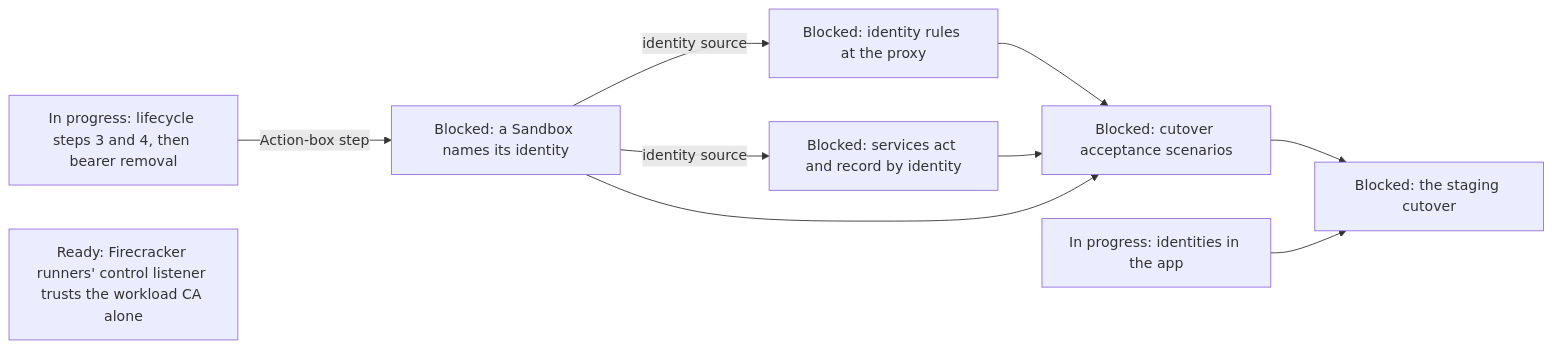
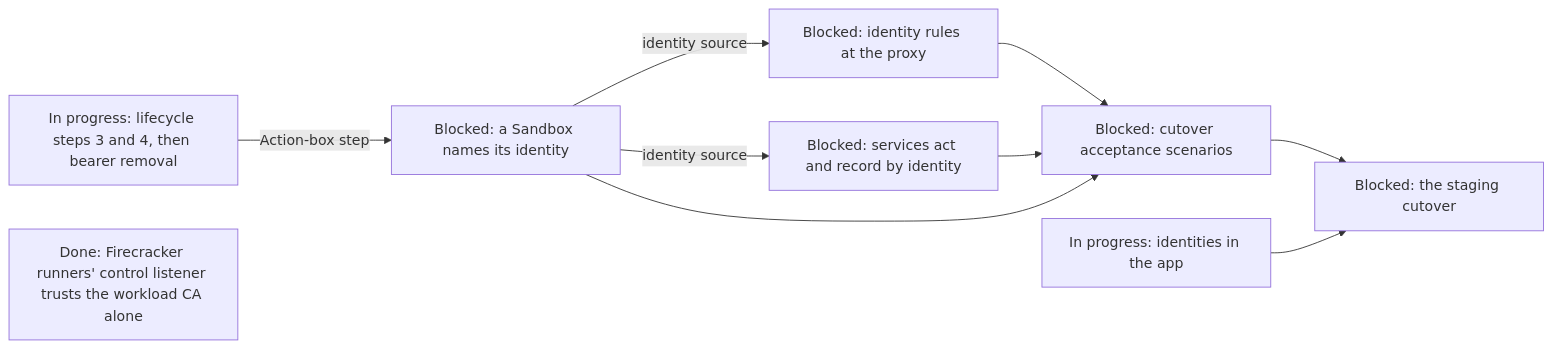
One commit to agentydragon/ducktape changed diagram 17 of 19 in agentplane/plans/task_dag.md. Above: the diagram before and after it, drawn with Mermaid. The commit also changed other lines of this file and 13 other files, not shown here.

First line of the commit message:
agentplane firecracker: the guest trusts the workload CA alone

````diff
--- a/agentplane/plans/task_dag.md
+++ b/agentplane/plans/task_dag.md
@@ -3017,14 +3017,14 @@
 ```mermaid
 flowchart LR
     WORKLOAD_AUTH_CUTOVER[In progress: lifecycle steps 3 and 4, then bearer removal]
     APP_IDENTITIES_UI[In progress: identities in the app]
-    WORKLOAD_CA_CLIENT_TRUST[Ready: Firecracker runners' control listener trusts the workload CA alone]
+    WORKLOAD_CA_CLIENT_TRUST[Done: Firecracker runners' control listener trusts the workload CA alone]
     WORKLOAD_AUTH_CUTOVER -->|Action-box step| SANDBOX_IDENTITY_SPEC[Blocked: a Sandbox names its identity]
     SANDBOX_IDENTITY_SPEC -->|identity source| EGRESS_IDENTITY_RULES[Blocked: identity rules at the proxy]
     SANDBOX_IDENTITY_SPEC -->|identity source| SERVICES_IDENTITY_PRINCIPAL[Blocked: services act and record by identity]
     EGRESS_IDENTITY_RULES --> IDENTITY_SYSTEM_TESTS[Blocked: cutover acceptance scenarios]
     SERVICES_IDENTITY_PRINCIPAL --> IDENTITY_SYSTEM_TESTS
     SANDBOX_IDENTITY_SPEC --> IDENTITY_SYSTEM_TESTS
     IDENTITY_SYSTEM_TESTS --> IDENTITY_CUTOVER[Blocked: the staging cutover]
     APP_IDENTITIES_UI --> IDENTITY_CUTOVER
 ```
````
